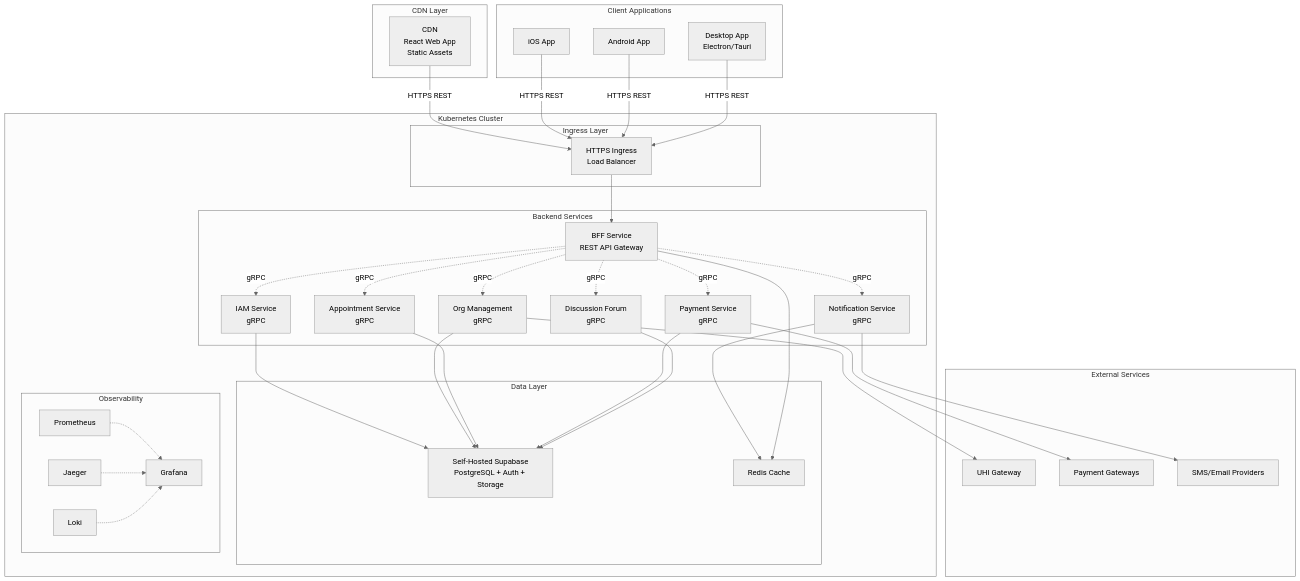
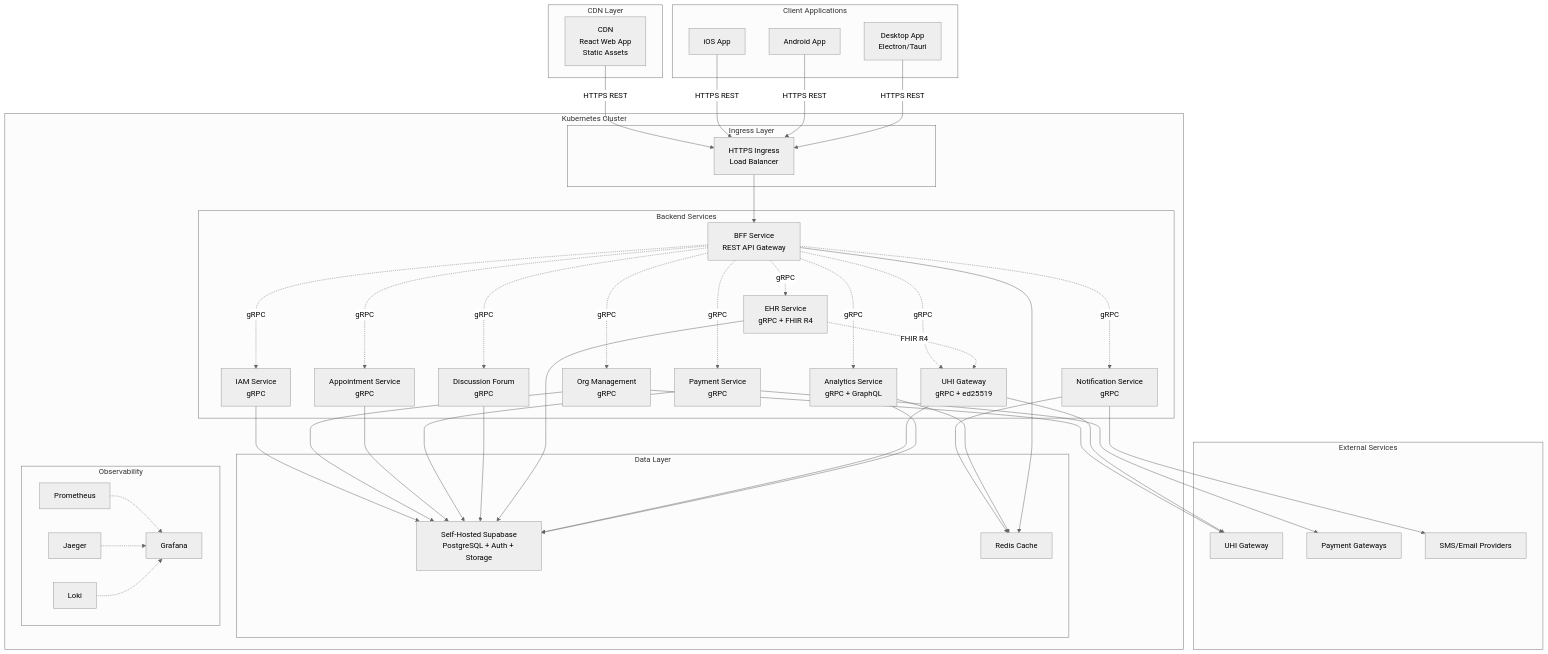
The diagram in 10-deployment-strategy.md (health-tech-uhi/blueprint), drawn with Mermaid (neutral theme) before and after one commit. The commit also changed other lines of this file and 2 other files, not shown here.

```diff
--- a/10-deployment-strategy.md
+++ b/10-deployment-strategy.md
@@ -58,6 +58,9 @@
             PAY[Payment Service<br/>gRPC]
             NOT[Notification Service<br/>gRPC]
             DISC[Discussion Forum<br/>gRPC]
+            EHR[EHR Service<br/>gRPC + FHIR R4]
+            UHI_GW[UHI Gateway<br/>gRPC + ed25519]
+            ANALYTICS[Analytics Service<br/>gRPC + GraphQL]
         end
         
         subgraph "Data Layer"
@@ -92,6 +95,9 @@
     BFF -.->|gRPC| PAY
     BFF -.->|gRPC| NOT
     BFF -.->|gRPC| DISC
+    BFF -.->|gRPC| EHR
+    BFF -.->|gRPC| UHI_GW
+    BFF -.->|gRPC| ANALYTICS
     
     IAM --> SUPA
     ORG --> SUPA
@@ -99,12 +105,18 @@
     PAY --> SUPA
     NOT --> REDIS
     DISC --> SUPA
+    EHR --> SUPA
+    UHI_GW --> SUPA
+    ANALYTICS --> SUPA
+    ANALYTICS --> REDIS
     
     BFF --> REDIS
     
     ORG --> UHI
     PAY --> PAYMENT_GW
     NOT --> SMS
+    UHI_GW --> UHI
+    EHR -.->|FHIR R4| UHI_GW
     
     PROM -.-> GRAF
     JAEGER -.-> GRAF
```
